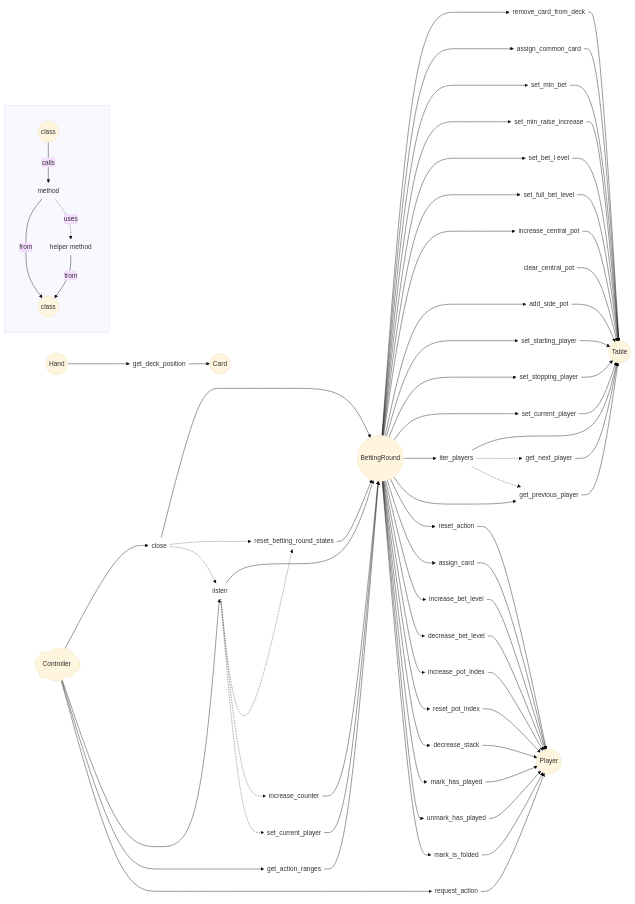
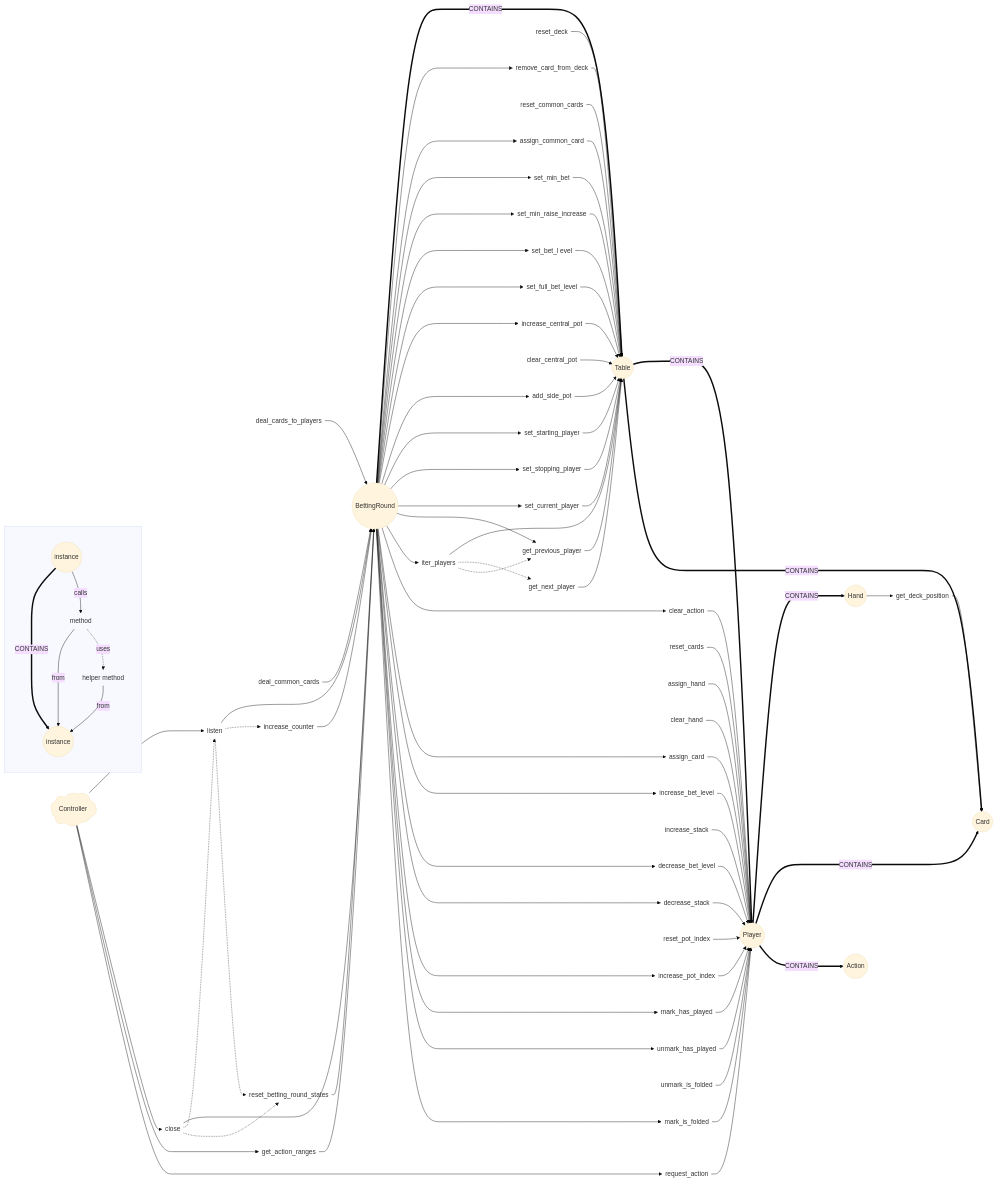
The diagram in MODEL.md (jorsaland/pokerpy), drawn with Mermaid (base theme) before and after one commit.

Commit message:
fix: updated communication model and enhanced it with container relationships

```diff
--- a/MODEL.md
+++ b/MODEL.md
@@ -104,10 +104,11 @@
     %% Legend
 
     subgraph " "
-        i1(class)@{ shape: circle }
-        i2(class)@{ shape: circle }
+        i1(instance)@{ shape: circle }
+        i2(instance)@{ shape: circle }
         m1(method)@{ shape: text }
         m2(helper method)@{ shape: text }
+        i1 ===> |CONTAINS| i2
         i1 --> |calls| m1
         m1 --> |from| i2
         m1 -.-> |uses| m2
@@ -115,58 +116,81 @@
     end
 
 
-    %% Classes and methods
-    
+    %% Classes
+
+    C(Controller)@{ shape: cloud }
+
     BR(BettingRound)@{ shape: circle }
+    T(Table)@{ shape: circle }
+    P(Player)@{ shape: circle }
+    H(Hand)@{ shape: circle }
+    Cd(Card)@{ shape: circle }
+    A(Action)@{ shape: circle }
+
+
+    %% Container relations
+
+    BR ===> |CONTAINS| T
+    T ===> |CONTAINS| P
+    T ===> |CONTAINS| Cd
+    P ===> |CONTAINS| H
+    P ===> |CONTAINS| Cd
+    P ===> |CONTAINS| A
+
+
+    %% Methods
+
     BR.close(close)@{ shape: text } -->  BR
     BR.listen(listen)@{ shape: text } -->  BR
+    BR.deal_cards_to_players(deal_cards_to_players)@{ shape: text } -->  BR
+    BR.deal_common_cards(deal_common_cards)@{ shape: text } -->  BR
+    BR.get_action_ranges(get_action_ranges)@{ shape: text } --> BR
+    BR.increase_counter(increase_counter)@{ shape: text } -->  BR
     BR.reset_betting_round_states(reset_betting_round_states)@{ shape: text } -->  BR
-    BR.increase_counter(increase_counter)@{ shape: text } -->  BR
-    BR.set_current_player(set_current_player)@{ shape: text } -->  BR
-    BR.get_action_ranges(get_action_ranges)@{ shape: text } --> BR
 
-    T(Table)@{ shape: circle }
     T.remove_card_from_deck(remove_card_from_deck)@{ shape: text } --> T
+    T.reset_deck(reset_deck)@{ shape: text } --> T
     T.assign_common_card(assign_common_card)@{ shape: text } --> T
+    T.reset_common_cards(reset_common_cards)@{ shape: text } --> T
     T.set_min_bet(set_min_bet)@{ shape: text } --> T
     T.set_min_raise_increase(set_min_raise_increase)@{ shape: text } --> T
     T.set_bet_level(set_bet_l evel)@{ shape: text } --> T
     T.set_full_bet_level(set_full_bet_level)@{ shape: text } --> T
     T.increase_central_pot(increase_central_pot)@{ shape: text } --> T
+    T.add_side_pot(add_side_pot)@{ shape: text } --> T
     T.clear_central_pot(clear_central_pot)@{ shape: text } --> T
-    T.add_side_pot(add_side_pot)@{ shape: text } --> T
     T.set_starting_player(set_starting_player)@{ shape: text } --> T
     T.set_stopping_player(set_stopping_player)@{ shape: text } --> T
     T.set_current_player(set_current_player)@{ shape: text } --> T
+    T.get_next_player(get_next_player)@{ shape: text } --> T
     T.get_previous_player(get_previous_player)@{ shape: text } --> T
-    T.get_next_player(get_next_player)@{ shape: text } --> T
     T.iter_players(iter_players)@{ shape: text } --> T
 
-    C(Controller)@{ shape: cloud }
-
-    P(Player)@{ shape: circle }
     P.request_action(request_action)@{ shape: text } --> P
-    P.reset_action(reset_action)@{ shape: text } --> P
+    P.clear_action(clear_action)@{ shape: text } --> P
     P.assign_card(assign_card)@{ shape: text } --> P
+    P.reset_cards(reset_cards)@{ shape: text } --> P
+    P.assign_hand(assign_hand)@{ shape: text } --> P
+    P.clear_hand(clear_hand)@{ shape: text } --> P
     P.increase_bet_level(increase_bet_level)@{ shape: text } --> P
     P.decrease_bet_level(decrease_bet_level)@{ shape: text } --> P
+    P.increase_stack(increase_stack)@{ shape: text } --> P
+    P.decrease_stack(decrease_stack)@{ shape: text } --> P
     P.increase_pot_index(increase_pot_index)@{ shape: text } --> P
     P.reset_pot_index(reset_pot_index)@{ shape: text } --> P
-    P.decrease_stack(decrease_stack)@{ shape: text } --> P
     P.mark_has_played(mark_has_played)@{ shape: text } --> P
     P.unmark_has_played(unmark_has_played)@{ shape: text } --> P
     P.mark_is_folded(mark_is_folded)@{ shape: text } --> P
+    P.unmark_is_folded(unmark_is_folded)@{ shape: text } --> P
 
-    H(Hand)@{ shape: circle }
-
-    Cd(Card)@{ shape: circle }
     Cd.get_deck_position(get_deck_position)@{ shape: text } --> Cd
 
 
     %% Class to method relations
+    H --> Cd.get_deck_position
 
+    C --> BR.listen
     C --> BR.close
-    C --> BR.listen
     C --> BR.get_action_ranges
 
     C --> P.request_action
@@ -182,31 +206,27 @@
     BR --> T.set_starting_player
     BR --> T.set_stopping_player
     BR --> T.set_current_player
+    BR --> T.get_previous_player
     BR --> T.iter_players
-    BR --> T.get_previous_player
 
-    BR --> P.reset_action
+    BR --> P.clear_action
     BR --> P.assign_card
     BR --> P.increase_bet_level
     BR --> P.decrease_bet_level
+    BR --> P.decrease_stack
     BR --> P.increase_pot_index
-    BR --> P.reset_pot_index
-    BR --> P.decrease_stack
     BR --> P.mark_has_played
     BR --> P.unmark_has_played
     BR --> P.mark_is_folded
 
-    H --> Cd.get_deck_position
-
 
     %% Helper method relations
 
+    BR.listen -.-> BR.increase_counter
+    BR.listen -.-> BR.reset_betting_round_states
+
+    BR.close -.-> BR.listen
     BR.close -.-> BR.reset_betting_round_states
-    BR.close -.-> BR.listen
-
-    BR.listen -.-> BR.reset_betting_round_states
-    BR.listen -.-> BR.increase_counter
-    BR.listen -.-> BR.set_current_player
 
     T.iter_players -.-> T.get_next_player
     T.iter_players -.-> T.get_previous_player
```
